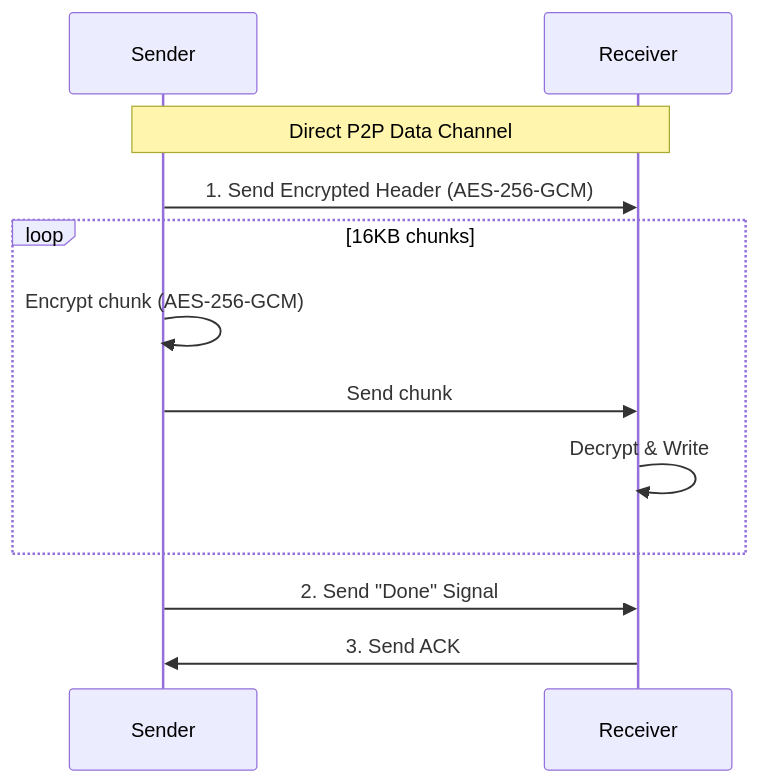
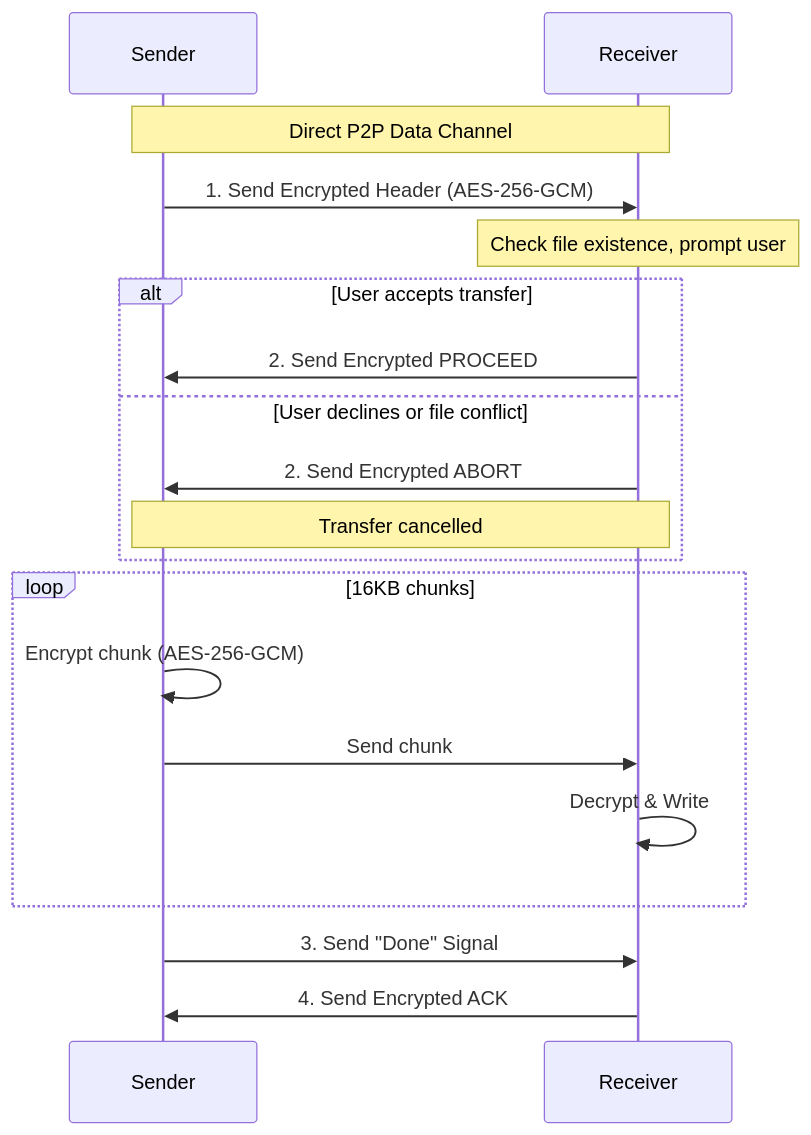
Before and after one commit to andrewtheguy/wormhole-rs: the second of 5 diagrams in docs/ARCHITECTURE.md, drawn with Mermaid. The commit also changed other lines of this file, not shown here.

Commit message:
feat: Enhance transfer protocol with user prompts for file existence and control signal encryption

````diff
--- a/docs/ARCHITECTURE.md
+++ b/docs/ARCHITECTURE.md
@@ -63,18 +63,26 @@
 ```mermaid
 sequenceDiagram
     participant Sender
     participant Receiver
 
     Note over Sender,Receiver: Direct P2P Data Channel
 
     Sender->>Receiver: 1. Send Encrypted Header (AES-256-GCM)
-    
+    Note over Receiver: Check file existence, prompt user
+
+    alt User accepts transfer
+        Receiver->>Sender: 2. Send Encrypted PROCEED
+    else User declines or file conflict
+        Receiver->>Sender: 2. Send Encrypted ABORT
+        Note over Sender,Receiver: Transfer cancelled
+    end
+
     loop 16KB chunks
         Sender->>Sender: Encrypt chunk (AES-256-GCM)
         Sender->>Receiver: Send chunk
         Receiver->>Receiver: Decrypt & Write
     end
 
-    Sender->>Receiver: 2. Send "Done" Signal
-    Receiver->>Sender: 3. Send ACK
+    Sender->>Receiver: 3. Send "Done" Signal
+    Receiver->>Sender: 4. Send Encrypted ACK
 ```
````
